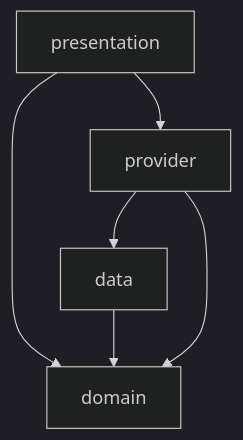
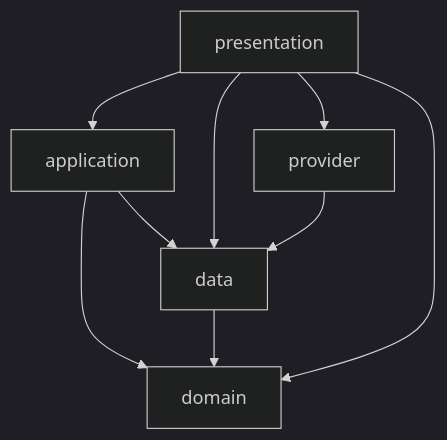
The diagram in lib/features/kitchen_utensils/DEPS.md (repinw/yamt), drawn with Mermaid (dark theme) before and after one commit. The commit also changed 107 other files, not shown here.

Commit message:
ref(yamt): architecture fix

````diff
--- a/lib/features/kitchen_utensils/DEPS.md
+++ b/lib/features/kitchen_utensils/DEPS.md
@@ -6,8 +6,11 @@
 ```mermaid
 flowchart TD;
+application-->data;
+application-->domain;
 data-->domain;
+presentation-->application;
+presentation-->data;
 presentation-->domain;
 presentation-->provider;
 provider-->data;
-provider-->domain;
 ```
````
